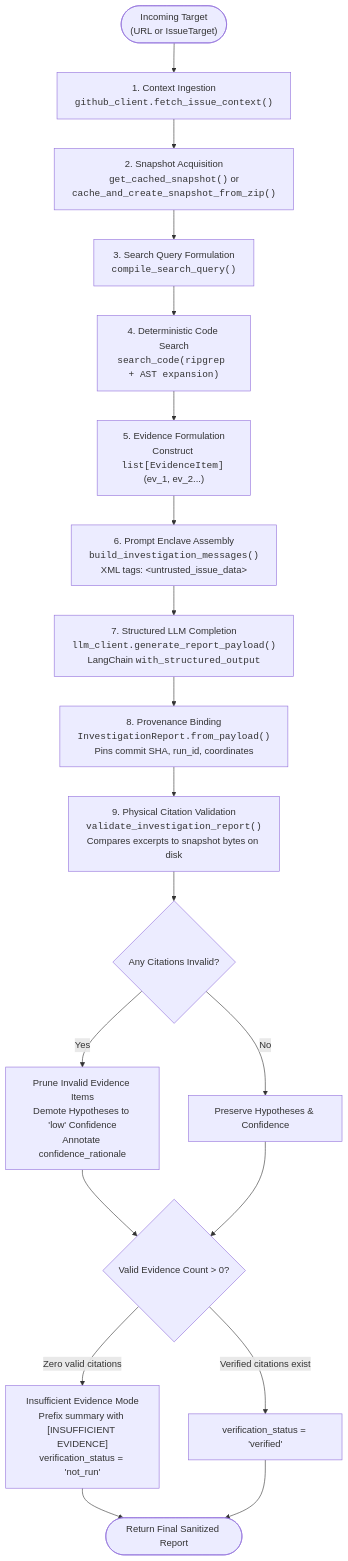
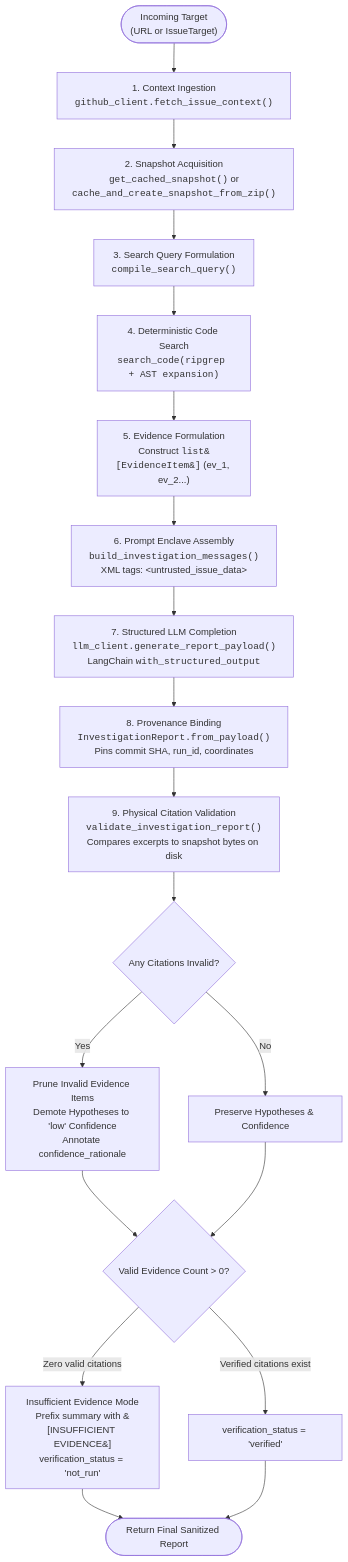
Before and after one commit to vishwaskotegar/Issuelens: the first of 3 diagrams in docs/architecture/agent-workflow.md, drawn with Mermaid. The commit also changed 6 other files, not shown here.

Commit message:
docs(markdown): fix table formatting, LaTeX pipe escaping, and Mermaid bracket collisions

````diff
--- a/docs/architecture/agent-workflow.md
+++ b/docs/architecture/agent-workflow.md
@@ -13,33 +13,33 @@
 ```mermaid
 flowchart TD
     Start(["Incoming Target<br/>(URL or IssueTarget)"]) --> Step1["1. Context Ingestion<br/><code>github_client.fetch_issue_context()</code>"]
     
     Step1 --> Step2["2. Snapshot Acquisition<br/><code>get_cached_snapshot()</code> or<br/><code>cache_and_create_snapshot_from_zip()</code>"]
     
     Step2 --> Step3["3. Search Query Formulation<br/><code>compile_search_query()</code>"]
     
     Step3 --> Step4["4. Deterministic Code Search<br/><code>search_code(ripgrep + AST expansion)</code>"]
     
-    Step4 --> Step5["5. Evidence Formulation<br/>Construct <code>list[EvidenceItem]</code> (ev_1, ev_2...)"]
+    Step4 --> Step5["5. Evidence Formulation<br/>Construct <code>list&#91;EvidenceItem&#93;</code> (ev_1, ev_2...)"]
     
     Step5 --> Step6["6. Prompt Enclave Assembly<br/><code>build_investigation_messages()</code><br/>XML tags: &lt;untrusted_issue_data&gt;"]
     
     Step6 --> Step7["7. Structured LLM Completion<br/><code>llm_client.generate_report_payload()</code><br/>LangChain <code>with_structured_output</code>"]
     
     Step7 --> Step8["8. Provenance Binding<br/><code>InvestigationReport.from_payload()</code><br/>Pins commit SHA, run_id, coordinates"]
     
     Step8 --> Step9["9. Physical Citation Validation<br/><code>validate_investigation_report()</code><br/>Compares excerpts to snapshot bytes on disk"]
     
     Step9 --> Gate1{"Any Citations Invalid?"}
     Gate1 -- Yes --> Action1["Prune Invalid Evidence Items<br/>Demote Hypotheses to 'low' Confidence<br/>Annotate confidence_rationale"]
     Gate1 -- No --> Action2["Preserve Hypotheses & Confidence"]
     
     Action1 --> Gate2{"Valid Evidence Count > 0?"}
     Action2 --> Gate2
     
-    Gate2 -- Zero valid citations --> Action3["Insufficient Evidence Mode<br/>Prefix summary with [INSUFFICIENT EVIDENCE]<br/>verification_status = 'not_run'"]
+    Gate2 -- Zero valid citations --> Action3["Insufficient Evidence Mode<br/>Prefix summary with &#91;INSUFFICIENT EVIDENCE&#93;<br/>verification_status = 'not_run'"]
     Gate2 -- Verified citations exist --> Action4["verification_status = 'verified'"]
     
     Action3 --> End(["Return Final Sanitized Report"])
     Action4 --> End
 ```
````
